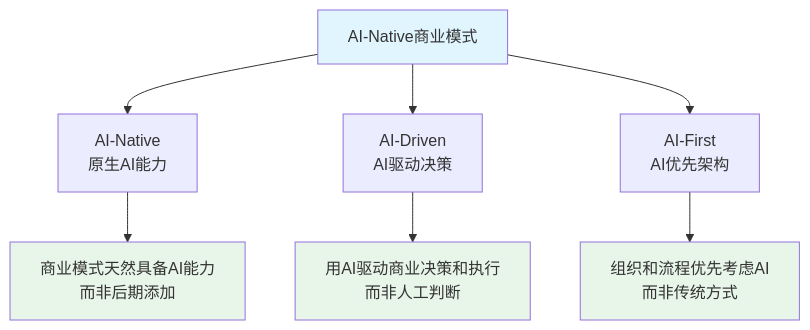
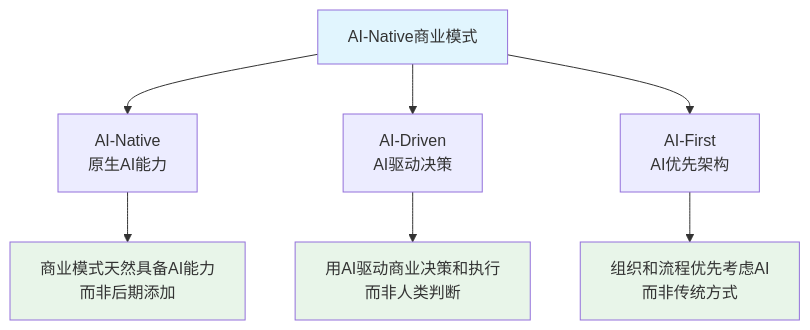
The second of 3 diagrams in README.md (Deepractice/COSE), drawn with Mermaid before and after one commit. The commit also changed other lines of this file and 2 other files, not shown here.

````diff
--- a/README.md
+++ b/README.md
@@ -33,15 +33,15 @@
 ```mermaid
 graph TD
     A[AI-Native商业模式] --> B[AI-Native<br/>原生AI能力]
     A --> C[AI-Driven<br/>AI驱动决策]
     A --> D[AI-First<br/>AI优先架构]
     
     B --> E[商业模式天然具备AI能力<br/>而非后期添加]
-    C --> F[用AI驱动商业决策和执行<br/>而非人工判断]
+    C --> F[用AI驱动商业决策和执行<br/>而非人类判断]
     D --> G[组织和流程优先考虑AI<br/>而非传统方式]
     
     style A fill:#e1f5fe
     style E fill:#e8f5e9
     style F fill:#e8f5e9
     style G fill:#e8f5e9
 ```
````
